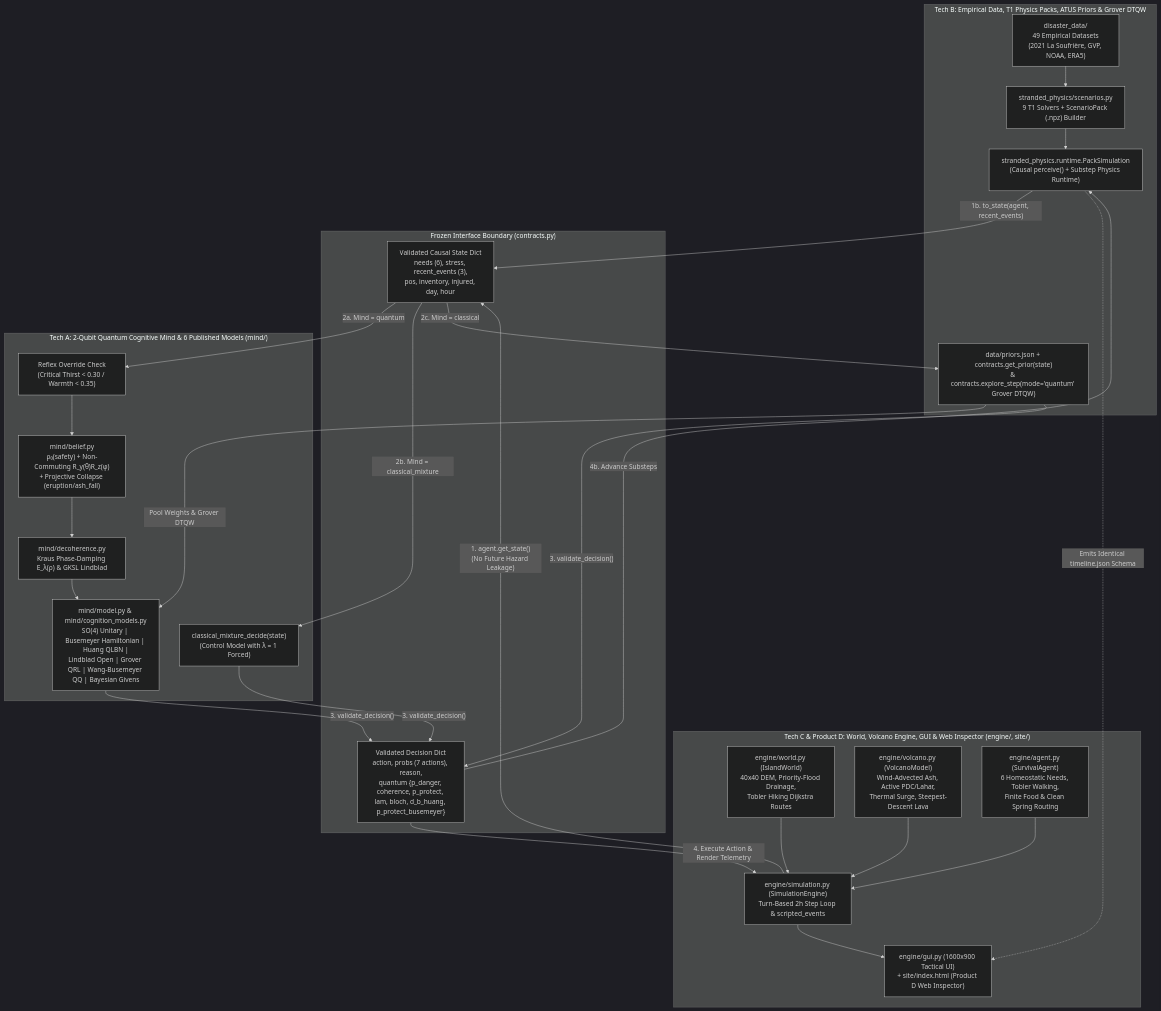
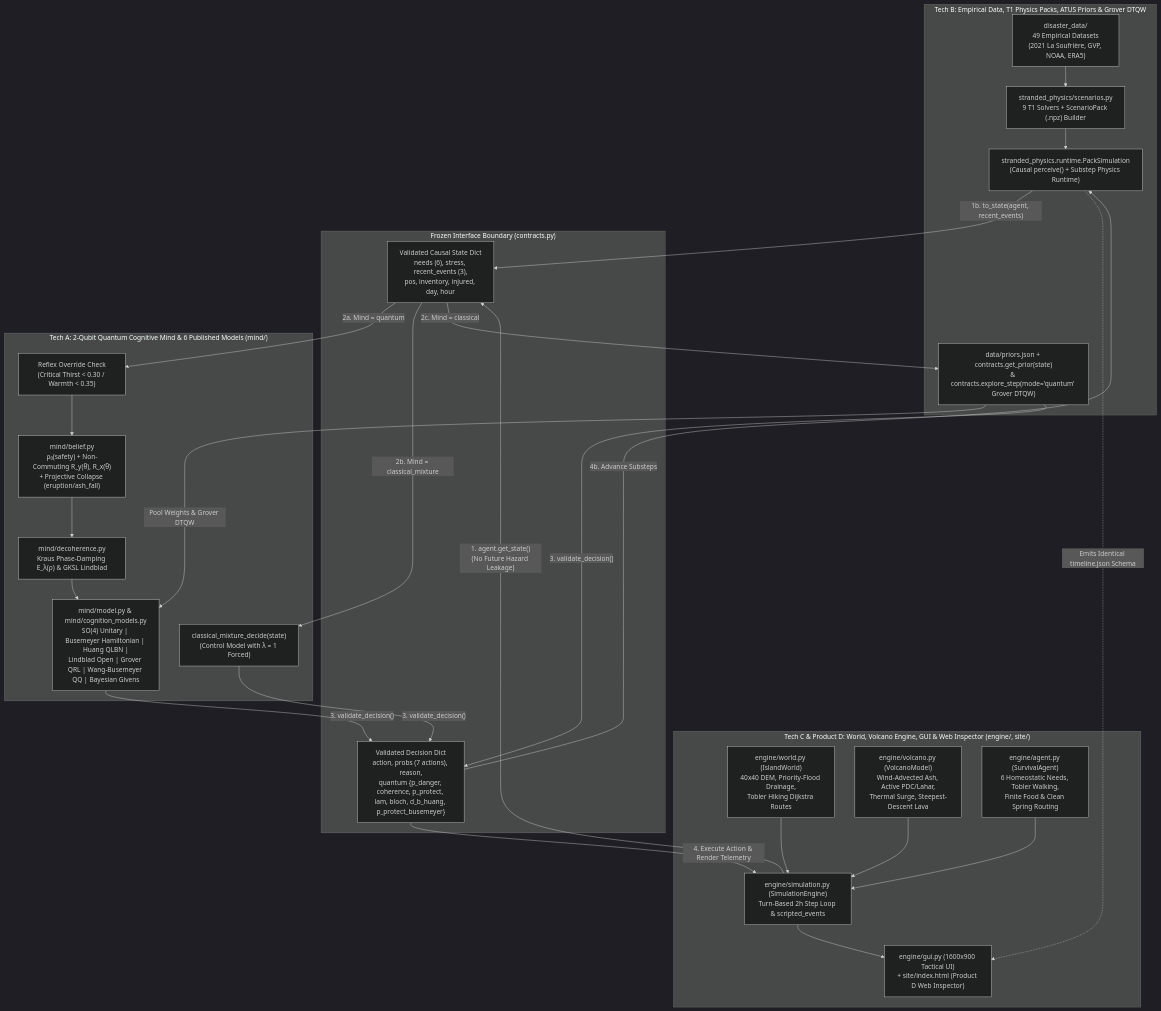
The diagram in docs/TECH_A_B_C_INTEGRATION.md (Muammal/Qiskit-Fest-Qognition), drawn with Mermaid (dark theme) before and after one commit. The commit also changed other lines of this file and 21 other files, not shown here.

````diff
--- a/docs/TECH_A_B_C_INTEGRATION.md
+++ b/docs/TECH_A_B_C_INTEGRATION.md
@@ -26,44 +26,44 @@
 ```mermaid
 flowchart TB
     subgraph TECH_B["Tech B: Empirical Data, T1 Physics Packs, ATUS Priors & Grover DTQW"]
         DD["disaster_data/\n49 Empirical Datasets\n(2021 La Soufrière, GVP, NOAA, ERA5)"]
         SP["stranded_physics/scenarios.py\n9 T1 Solvers + ScenarioPack (.npz) Builder"]
         PRIOR["data/priors.json + contracts.get_prior(state)\n& contracts.explore_step(mode='quantum' Grover DTQW)"]
         PACK_SIM["stranded_physics.runtime.PackSimulation\n(Causal perceive() + Substep Physics Runtime)"]
         DD --> SP --> PACK_SIM
     end
 
     subgraph CONTRACTS["Frozen Interface Boundary (contracts.py)"]
         STATE_C["Validated Causal State Dict\nneeds (6), stress, recent_events (3),\npos, inventory, injured, day, hour"]
         DEC_C["Validated Decision Dict\naction, probs (7 actions), reason,\nquantum {p_danger, coherence, p_protect, lam, bloch, d_b_huang, p_protect_busemeyer}"]
     end
 
     subgraph TECH_A["Tech A: 2-Qubit Quantum Cognitive Mind & 6 Published Models (mind/)"]
         REF["Reflex Override Check\n(Critical Thirst < 0.30 / Warmth < 0.35)"]
-        BEL["mind/belief.py\nρ₀(safety) + Non-Commuting R_y(θ)R_z(φ)\n+ Projective Collapse (eruption/ash_fall)"]
+        BEL["mind/belief.py\nρ₀(safety) + Non-Commuting R_y(θ), R_x(θ)\n+ Projective Collapse (eruption/ash_fall)"]
         DECO["mind/decoherence.py\nKraus Phase-Damping E_λ(ρ) & GKSL Lindblad"]
         DELIB["mind/model.py & mind/cognition_models.py\nSO(4) Unitary | Busemeyer Hamiltonian | Huang QLBN |\nLindblad Open | Grover QRL | Wang-Busemeyer QQ | Bayesian Givens"]
         CMIX["classical_mixture_decide(state)\n(Control Model with λ = 1 Forced)"]
         REF --> BEL --> DECO --> DELIB
     end
 
     subgraph TECH_C["Tech C & Product D: World, Volcano Engine, GUI & Web Inspector (engine/, site/)"]
         WORLD["engine/world.py (IslandWorld)\n40x40 DEM, Priority-Flood Drainage,\nTobler Hiking Dijkstra Routes"]
         VOLC["engine/volcano.py (VolcanoModel)\nWind-Advected Ash, Active PDC/Lahar,\nThermal Surge, Steepest-Descent Lava"]
         AGENT["engine/agent.py (SurvivalAgent)\n6 Homeostatic Needs, Tobler Walking,\nFinite Food & Clean Spring Routing"]
         ENG["engine/simulation.py (SimulationEngine)\nTurn-Based 2h Step Loop & scripted_events"]
         GUI["engine/gui.py (1600x900 Tactical UI)\n+ site/index.html (Product D Web Inspector)"]
         WORLD & VOLC & AGENT --> ENG --> GUI
     end
 
     ENG -- "1. agent.get_state()\n(No Future Hazard Leakage)" --> STATE_C
     PACK_SIM -- "1b. to_state(agent, recent_events)" --> STATE_C
     STATE_C -- "2a. Mind = quantum" --> REF
     STATE_C -- "2b. Mind = classical_mixture" --> CMIX
     STATE_C -- "2c. Mind = classical" --> PRIOR
     PRIOR -- "Pool Weights & Grover DTQW" --> DELIB
     DELIB & CMIX & PRIOR -- "3. validate_decision()" --> DEC_C
     DEC_C -- "4. Execute Action & Render Telemetry" --> ENG
     DEC_C -- "4b. Advance Substeps" --> PACK_SIM
     PACK_SIM -. "Emits Identical timeline.json Schema" .-> GUI
 ```
````
